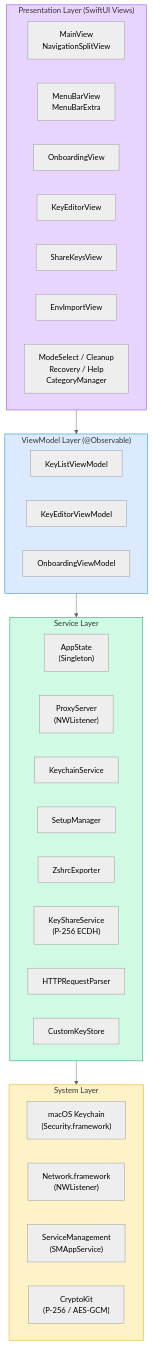
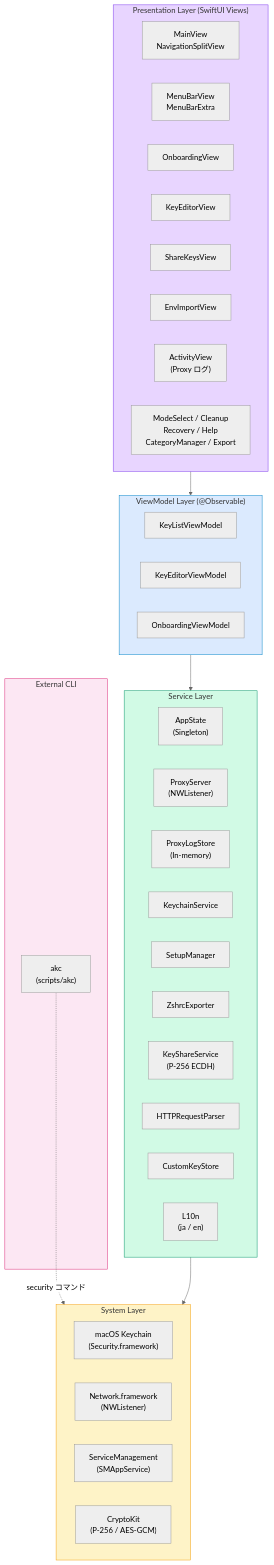
Before and after one commit to aieo-product/AIkeychain: the first of 5 diagrams in docs/design/architecture.md, drawn with Mermaid (neutral theme). The commit also changed other lines of this file and 7 other files, not shown here.

````diff
--- a/docs/design/architecture.md
+++ b/docs/design/architecture.md
@@ -7,49 +5,58 @@
 ```mermaid
 graph TB
     subgraph Presentation["Presentation Layer (SwiftUI Views)"]
         direction LR
         MainView["MainView<br/>NavigationSplitView"]
         MenuBarView["MenuBarView<br/>MenuBarExtra"]
         OnboardingView["OnboardingView"]
         EditorView["KeyEditorView"]
         ShareKeysView["ShareKeysView"]
         EnvImportView["EnvImportView"]
-        OtherViews["ModeSelect / Cleanup<br/>Recovery / Help<br/>CategoryManager"]
+        ActivityView["ActivityView<br/>(Proxy ログ)"]
+        OtherViews["ModeSelect / Cleanup<br/>Recovery / Help<br/>CategoryManager / Export"]
     end
 
     subgraph ViewModel["ViewModel Layer (@Observable)"]
         direction LR
         KeyListVM["KeyListViewModel"]
         KeyEditorVM["KeyEditorViewModel"]
         OnboardingVM["OnboardingViewModel"]
     end
 
     subgraph Service["Service Layer"]
         direction LR
         AppState["AppState<br/>(Singleton)"]
         ProxyServer["ProxyServer<br/>(NWListener)"]
+        ProxyLogStore["ProxyLogStore<br/>(In-memory)"]
         KeychainSvc["KeychainService"]
         SetupMgr["SetupManager"]
         ZshrcExp["ZshrcExporter"]
         KeyShareSvc["KeyShareService<br/>(P-256 ECDH)"]
         HTTPParser["HTTPRequestParser"]
         CustomStore["CustomKeyStore"]
+        L10n["L10n<br/>(ja / en)"]
     end
 
     subgraph System["System Layer"]
         direction LR
         Keychain["macOS Keychain<br/>(Security.framework)"]
         Network["Network.framework<br/>(NWListener)"]
         ServiceMgmt["ServiceManagement<br/>(SMAppService)"]
         CryptoKit["CryptoKit<br/>(P-256 / AES-GCM)"]
     end
 
+    subgraph CLI["External CLI"]
+        Akc["akc<br/>(scripts/akc)"]
+    end
+
     Presentation --> ViewModel
     ViewModel --> Service
     Service --> System
+    Akc -.->|security コマンド| Keychain
 
     style Presentation fill:#E8D5FF,stroke:#7C3AED
     style ViewModel fill:#DBEAFE,stroke:#0284C7
     style Service fill:#D1FAE5,stroke:#059669
     style System fill:#FEF3C7,stroke:#F59E0B
+    style CLI fill:#FCE7F3,stroke:#DB2777
 ```
````
